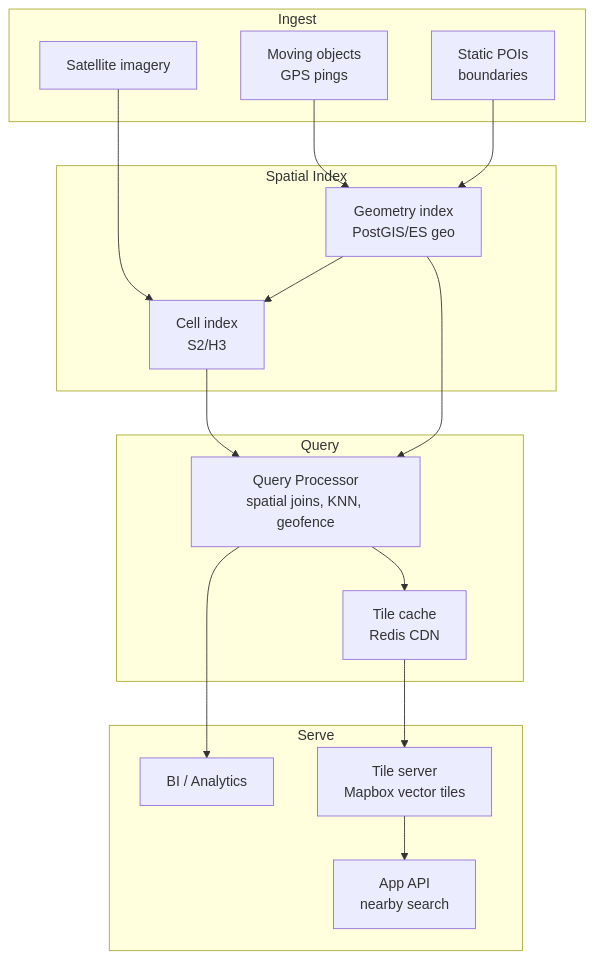
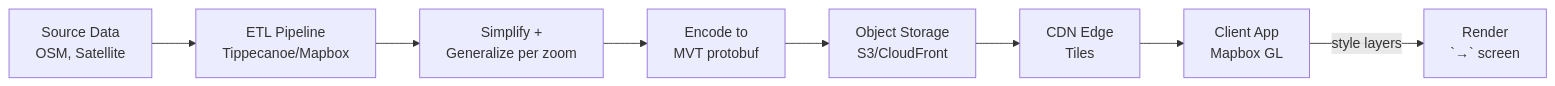
Before and after one commit to abhishekghoshh/system-design-helper: the eighth of 17 diagrams in docs/system-design/high-level/designing/advanced/distributed-geospatial-data-platform.md, drawn with Mermaid. The commit also changed other lines of this file and 107 other files, not shown here.

````diff
--- a/docs/system-design/high-level/designing/advanced/distributed-geospatial-data-platform.md
+++ b/docs/system-design/high-level/designing/advanced/distributed-geospatial-data-platform.md
@@ -260,31 +692,10 @@
 ```mermaid
-flowchart TB
-    subgraph Ingest
-        MO[Moving objects<br/>GPS pings]
-        POIS[Static POIs<br/>boundaries]
-        RASTER[Satellite imagery]
-    end
-    subgraph Spatial Index
-        GEOIDX[Geometry index<br/>PostGIS/ES geo]
-        CELL[Cell index<br/>S2/H3]
-    end
-    subgraph Query
-        QP[Query Processor<br/>spatial joins, KNN, geofence]
-        CACHE[Tile cache<br/>Redis CDN]
-    end
-    subgraph Serve
-        BI[BI / Analytics]
-        MAP[Tile server<br/>Mapbox vector tiles]
-        APP[App API<br/>nearby search]
-    end
-    MO --> GEOIDX
-    POIS --> GEOIDX
-    RASTER --> CELL
-    GEOIDX --> CELL
-    CELL --> QP
-    GEOIDX --> QP
-    QP --> CACHE
-    QP --> BI
-    CACHE --> MAP
-    MAP --> APP
+flowchart LR
+    SRC[Source Data<br/>OSM, Satellite] --> ETL[ETL Pipeline<br/>Tippecanoe/Mapbox]
+    ETL --> SIMP[Simplify +<br/>Generalize per zoom]
+    SIMP --> ENC[Encode to<br/>MVT protobuf]
+    ENC --> OBJ[Object Storage<br/>S3/CloudFront]
+    OBJ --> CDN[CDN Edge<br/>Tiles]
+    CDN --> CLI[Client App<br/>Mapbox GL]
+    CLI -->|style layers| RENDER[Render<br/>`→` screen]
 ```
````
